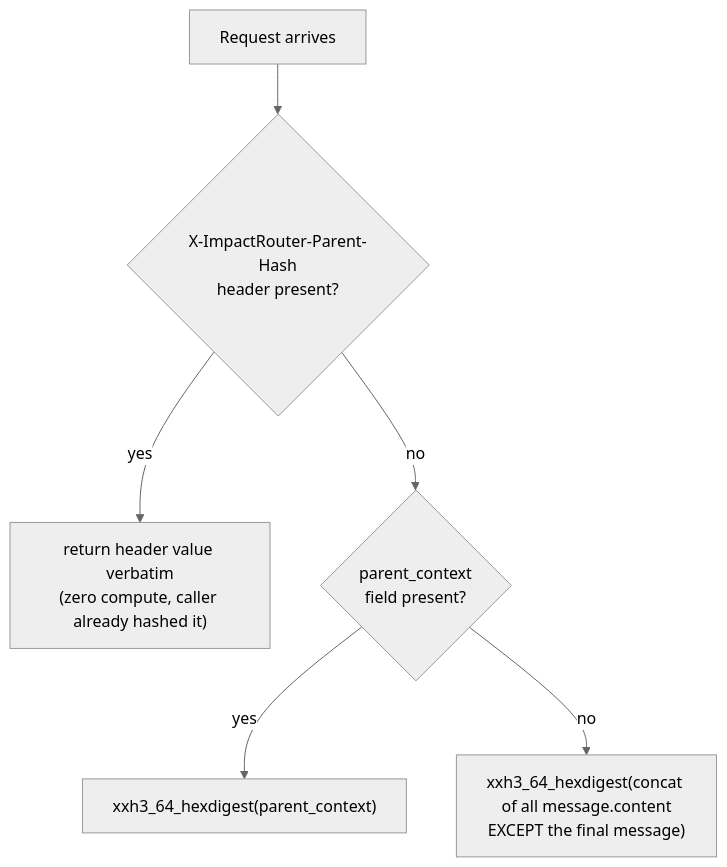
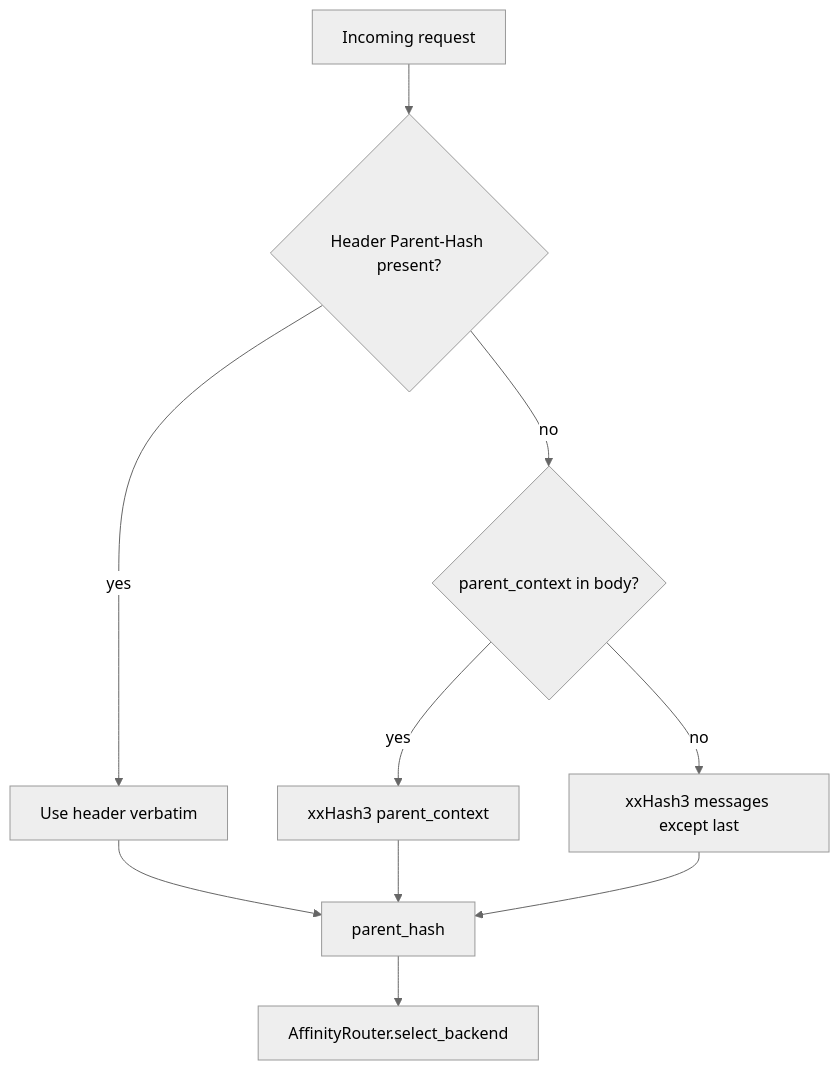
One commit to msunda17/impactrouter changed the fourth of 8 diagrams in docs/ARCHITECTURE.md. Above: the diagram before and after it, drawn with Mermaid (neutral theme). The commit also changed other lines of this file and 1 other file, not shown here.

First line of the commit message:
Add comprehensive ImpactRouter architecture reference.

````diff
--- a/docs/ARCHITECTURE.md
+++ b/docs/ARCHITECTURE.md
@@ -189,8 +333,12 @@
 ```mermaid
 flowchart TD
-    A[Request arrives] --> B{"X-ImpactRouter-Parent-Hash<br/>header present?"}
-    B -- yes --> C["return header value verbatim<br/>(zero compute, caller already hashed it)"]
-    B -- no --> D{"parent_context<br/>field present?"}
-    D -- yes --> E["xxh3_64_hexdigest(parent_context)"]
-    D -- no --> F["xxh3_64_hexdigest(concat of all message.content<br/>EXCEPT the final message)"]
+  A[Incoming request] --> B{Header Parent-Hash present?}
+  B -->|yes| C[Use header verbatim]
+  B -->|no| D{parent_context in body?}
+  D -->|yes| E[xxHash3 parent_context]
+  D -->|no| F[xxHash3 messages except last]
+  C --> G[parent_hash]
+  E --> G
+  F --> G
+  G --> H[AffinityRouter.select_backend]
 ```
````
